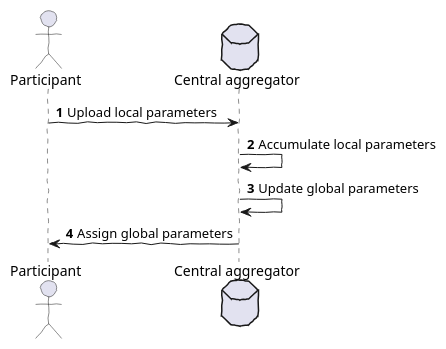
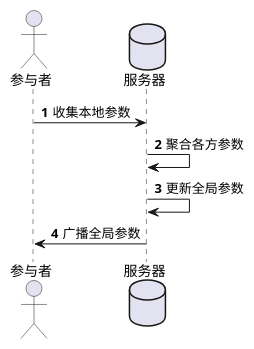
Before and after one commit to gongzhimin/Membership-Inference-Attack-in-Federated-Learning: the diagram in report/imgs/sc-sequence.puml, drawn with PlantUML. The commit also changed 8 other files, not shown here.

```diff
--- a/report/imgs/sc-sequence.puml
+++ b/report/imgs/sc-sequence.puml
@@ -1,10 +1,17 @@
 @startuml sc-sequence
-skinparam handwritten true
-actor Participant
-database "Central aggregator"
+' skinparam handwritten true
+' actor Participant
+' database "Central aggregator"
+' autonumber
+' Participant -> "Central aggregator": Upload local parameters
+' "Central aggregator" -> "Central aggregator": Accumulate local parameters
+' "Central aggregator" -> "Central aggregator": Update global parameters
+' "Central aggregator" -> Participant: Assign global parameters
+actor 参与者
+database 服务器
 autonumber
-Participant -> "Central aggregator": Upload local parameters
-"Central aggregator" -> "Central aggregator": Accumulate local parameters
-"Central aggregator" -> "Central aggregator": Update global parameters
-"Central aggregator" -> Participant: Assign global parameters
+参与者 -> 服务器:收集本地参数
+服务器 -> 服务器:聚合各方参数
+服务器 -> 服务器:更新全局参数
+服务器 -> 参与者:广播全局参数
 @enduml
```
